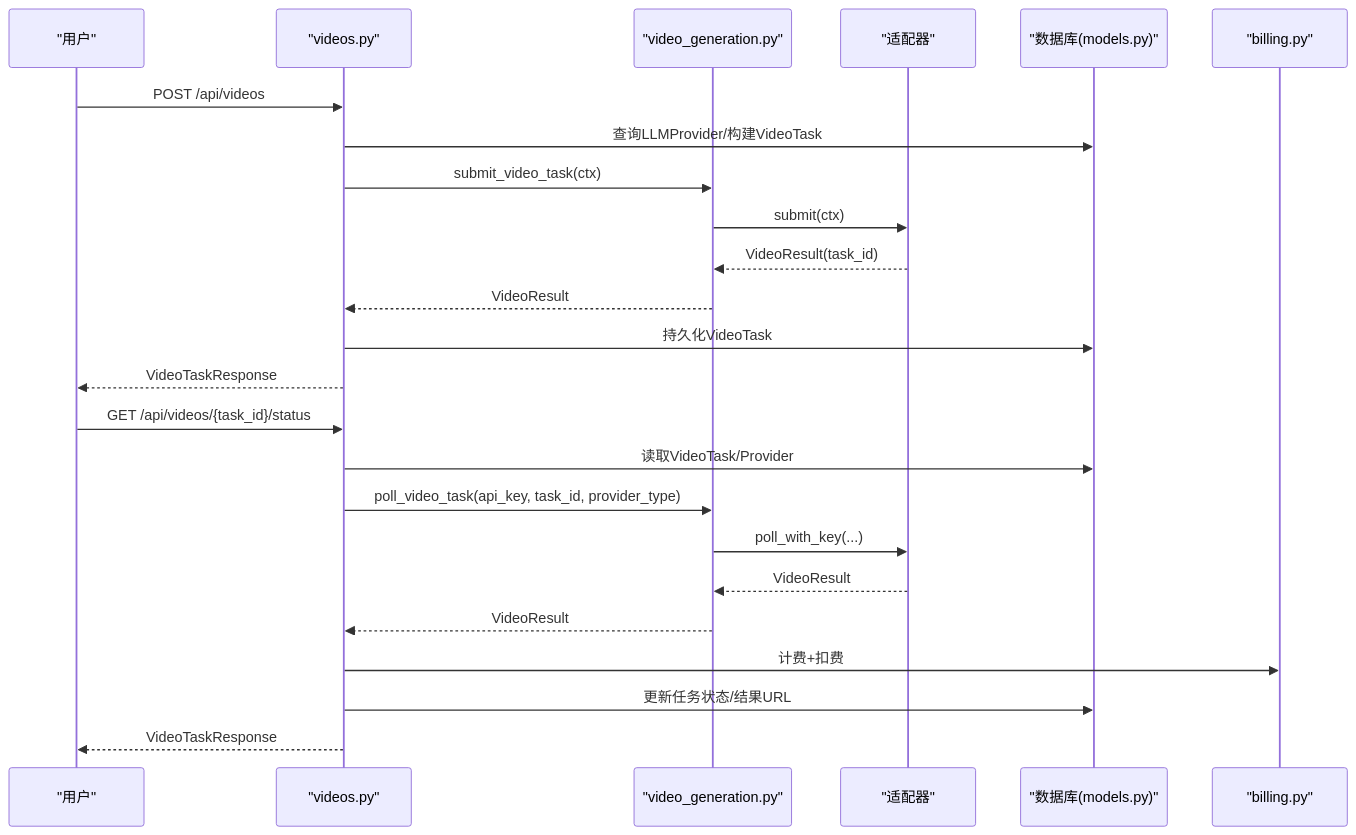
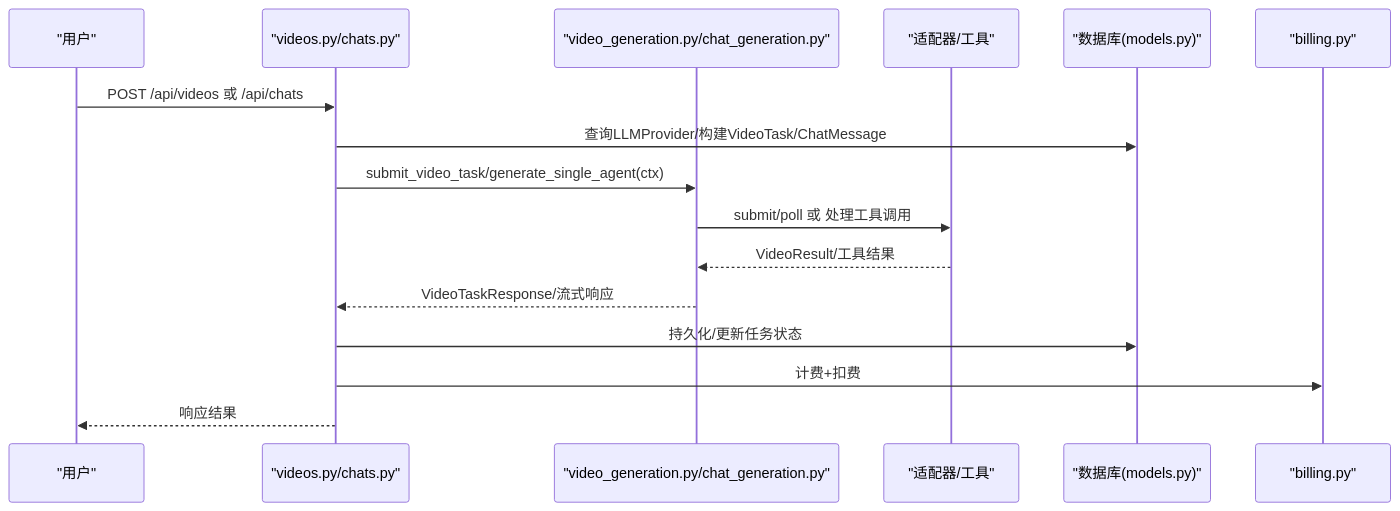
Before and after one commit to KunLabAI/KunFlix: the fifth of 7 diagrams in .qoder/repowiki/zh/content/后端服务架构/业务服务层/媒体生成服务/媒体生成服务.md, drawn with Mermaid. The commit also changed other lines of this file and 10 other files, not shown here.

First line of the commit message:
feat(gemini): 新增Gemini Nano Banana图像生成功能及编辑支持

````diff
--- a/.qoder/repowiki/zh/content/后端服务架构/业务服务层/媒体生成服务/媒体生成服务.md
+++ b/.qoder/repowiki/zh/content/后端服务架构/业务服务层/媒体生成服务/媒体生成服务.md
@@ -286,26 +289,18 @@
 ```mermaid
 sequenceDiagram
 participant U as "用户"
-participant API as "videos.py"
-participant F as "video_generation.py"
-participant AD as "适配器"
+participant API as "videos.py/chats.py"
+participant F as "video_generation.py/chat_generation.py"
+participant AD as "适配器/工具"
 participant DB as "数据库(models.py)"
 participant BL as "billing.py"
-U->>API : POST /api/videos
-API->>DB : 查询LLMProvider/构建VideoTask
-API->>F : submit_video_task(ctx)
-F->>AD : submit(ctx)
-AD-->>F : VideoResult(task_id)
-F-->>API : VideoResult
-API->>DB : 持久化VideoTask
-API-->>U : VideoTaskResponse
-U->>API : GET /api/videos/{task_id}/status
-API->>DB : 读取VideoTask/Provider
-API->>F : poll_video_task(api_key, task_id, provider_type)
-F->>AD : poll_with_key(...)
-AD-->>F : VideoResult
-F-->>API : VideoResult
+U->>API : POST /api/videos 或 /api/chats
+API->>DB : 查询LLMProvider/构建VideoTask/ChatMessage
+API->>F : submit_video_task/generate_single_agent(ctx)
+F->>AD : submit/poll 或 处理工具调用
+AD-->>F : VideoResult/工具结果
+F-->>API : VideoTaskResponse/流式响应
+API->>DB : 持久化/更新任务状态
 API->>BL : 计费+扣费
-API->>DB : 更新任务状态/结果URL
-API-->>U : VideoTaskResponse
+API-->>U : 响应结果
 ```
````
